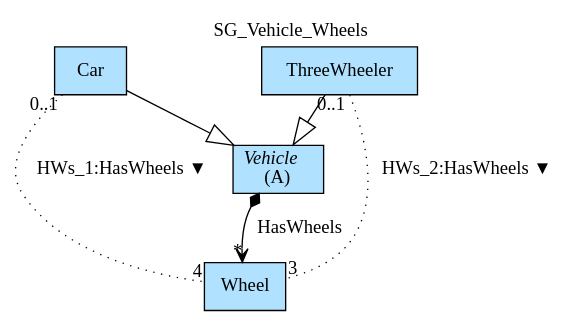
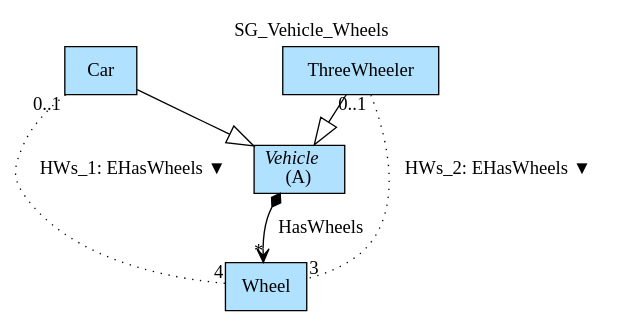
One commit to namalio/Fragmenta changed the diagram in Haskell/FragmentaTests/SGVehicleParts/img/SG_Vehicle_Wheels.gv. Above: the diagram before and after it, drawn with Graphviz. The commit also changed 32 other files, not shown here.

```diff
--- a/Haskell/FragmentaTests/SGVehicleParts/img/SG_Vehicle_Wheels.gv
+++ b/Haskell/FragmentaTests/SGVehicleParts/img/SG_Vehicle_Wheels.gv
@@ -1,12 +1,12 @@
 digraph {graph[label=SG_Vehicle_Wheels,labelloc=tl,labelfontsize=12];
 "Vehicle"[shape=record,fillcolor=lightskyblue1,style = filled,label=<{<I>Vehicle</I><br/>(A)}>];
 "Car"[shape=record,fillcolor=lightskyblue1,style = filled,label="Car"];
 "ThreeWheeler"[shape=record,fillcolor=lightskyblue1,style = filled,label="ThreeWheeler"];
 "Wheel"[shape=record,fillcolor=lightskyblue1,style = filled,label="Wheel"];
 
 "Vehicle"->"Wheel"[label="HasWheels",arrowhead=vee,arrowtail=diamond,dir=both,headlabel="*"];
 "Car"->"Vehicle"[arrowhead=onormal,arrowsize=2.0];
 "ThreeWheeler"->"Vehicle"[arrowhead=onormal,arrowsize=2.0];
-"Car"->"Wheel"[label="HWs_1:HasWheels ▼",dir=none,taillabel="0..1",headlabel="4",style=dotted];
-"ThreeWheeler"->"Wheel"[label="HWs_2:HasWheels ▼",dir=none,taillabel="0..1",headlabel="3",style=dotted];
+"Car"->"Wheel"[label="HWs_1: EHasWheels ▼",dir=none,taillabel="0..1",headlabel="4",style=dotted];
+"ThreeWheeler"->"Wheel"[label="HWs_2: EHasWheels ▼",dir=none,taillabel="0..1",headlabel="3",style=dotted];
 }
```
